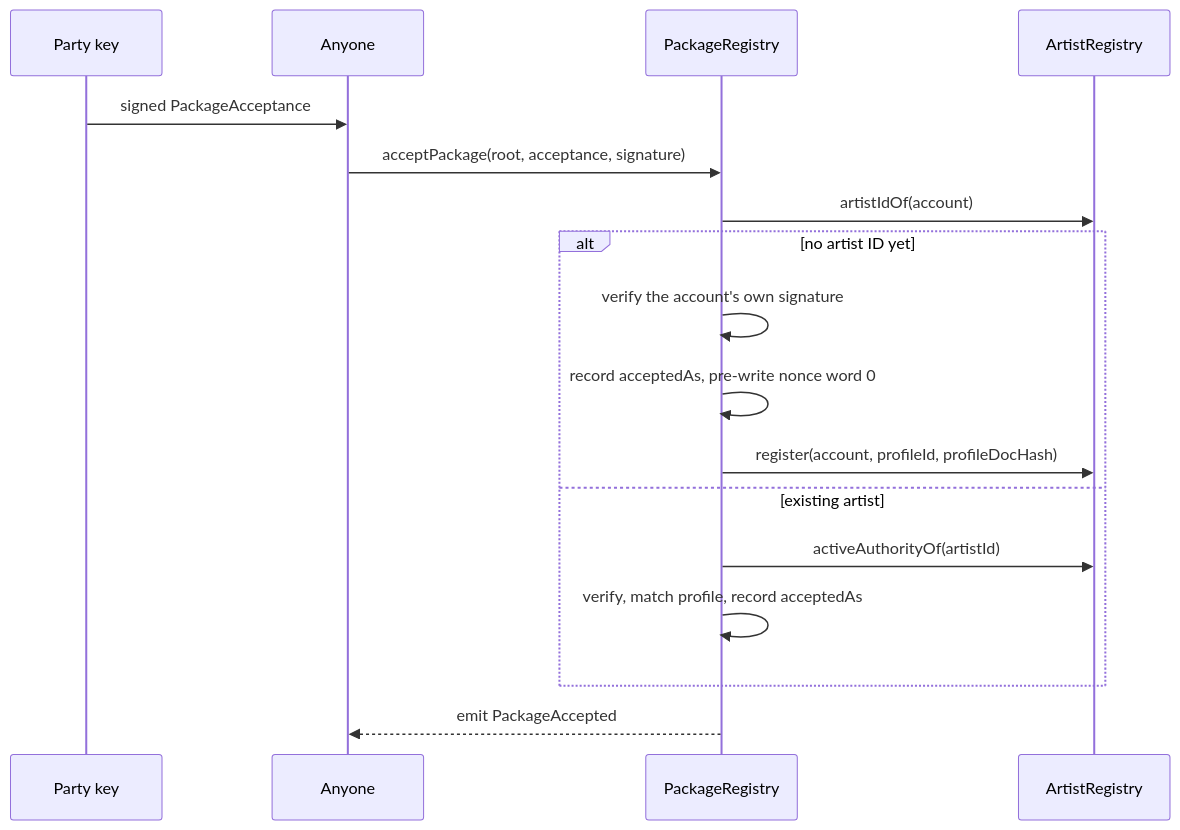
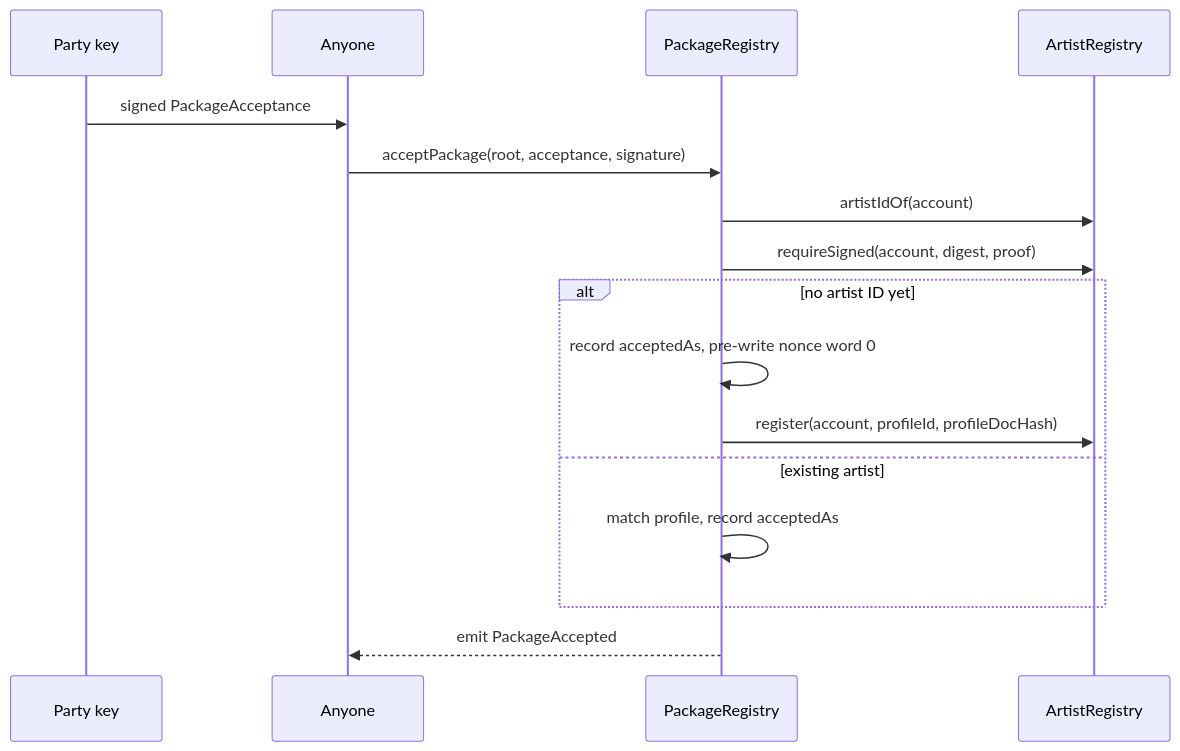
One commit to 6529-Collections/6529-works changed the fifth of 8 diagrams in docs/spec/curation.md. Above: the diagram before and after it, drawn with Mermaid. The commit also changed other lines of this file and 352 other files, not shown here.

````diff
--- a/docs/spec/curation.md
+++ b/docs/spec/curation.md
@@ -277,19 +287,18 @@
 ```mermaid
 sequenceDiagram
     participant Party as Party key
     participant Relayer as Anyone
     participant Registry as PackageRegistry
     participant Artists as ArtistRegistry
     Party->>Relayer: signed PackageAcceptance
     Relayer->>Registry: acceptPackage(root, acceptance, signature)
     Registry->>Artists: artistIdOf(account)
+    Registry->>Artists: requireSigned(account, digest, proof)
     alt no artist ID yet
-        Registry->>Registry: verify the account's own signature
         Registry->>Registry: record acceptedAs, pre-write nonce word 0
         Registry->>Artists: register(account, profileId, profileDocHash)
     else existing artist
-        Registry->>Artists: activeAuthorityOf(artistId)
-        Registry->>Registry: verify, match profile, record acceptedAs
+        Registry->>Registry: match profile, record acceptedAs
     end
     Registry-->>Relayer: emit PackageAccepted
 ```
````
